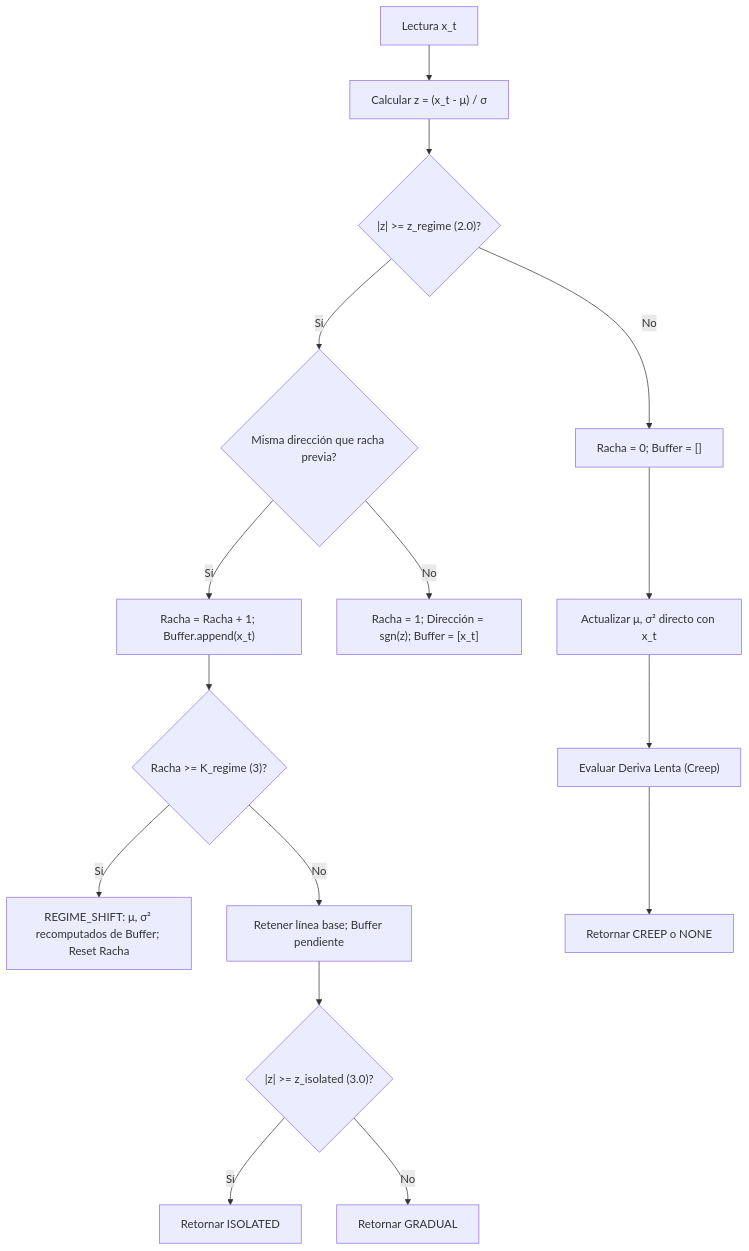
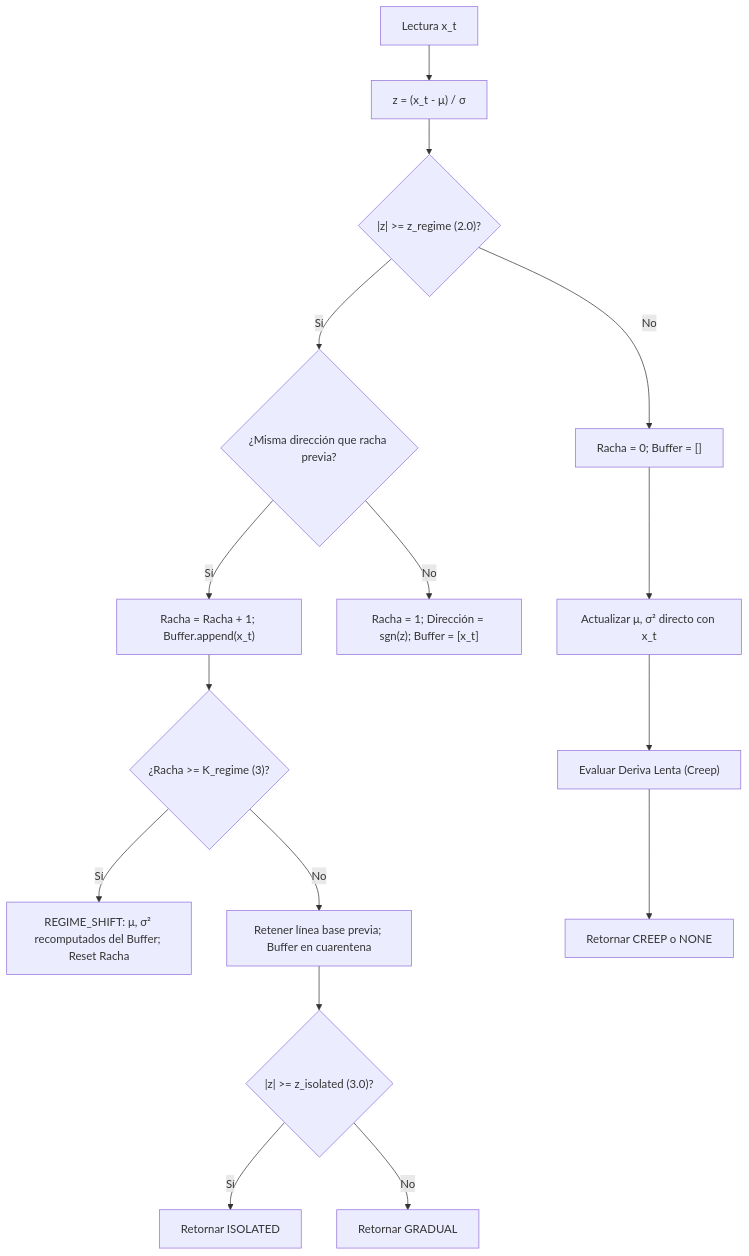
Before and after one commit to alessbarb/symbiont-lab: the diagram in docs/math/03-deteccion-de-deriva-y-regimenes.md, drawn with Mermaid. The commit also changed other lines of this file and 13 other files, not shown here.

````diff
--- a/docs/math/03-deteccion-de-deriva-y-regimenes.md
+++ b/docs/math/03-deteccion-de-deriva-y-regimenes.md
@@ -65,22 +66,22 @@
 ```mermaid
 flowchart TD
-    Obs["Lectura x_t"] --> CalcZ["Calcular z = (x_t - μ) / σ"]
+    Obs["Lectura x_t"] --> CalcZ["z = (x_t - μ) / σ"]
     CalcZ --> CheckDev{"|z| >= z_regime (2.0)?"}
 
-    CheckDev -- "Sí" --> CheckDir{"Misma dirección que racha previa?"}
+    CheckDev -- "Sí" --> CheckDir{"¿Misma dirección que racha previa?"}
     CheckDir -- "Sí" --> IncStreak["Racha = Racha + 1; Buffer.append(x_t)"]
     CheckDir -- "No" --> ResetStreak["Racha = 1; Dirección = sgn(z); Buffer = [x_t]"]
 
-    IncStreak --> CheckConf{"Racha >= K_regime (3)?"}
-    CheckConf -- "Sí" --> Recompute["REGIME_SHIFT: μ, σ² recomputados de Buffer; Reset Racha"]
-    CheckConf -- "No" --> BufferPending["Retener línea base; Buffer pendiente"]
+    IncStreak --> CheckConf{"¿Racha >= K_regime (3)?"}
+    CheckConf -- "Sí" --> Recompute["REGIME_SHIFT: μ, σ² recomputados del Buffer; Reset Racha"]
+    CheckConf -- "No" --> BufferPending["Retener línea base previa; Buffer en cuarentena"]
 
     BufferPending --> CheckIso{"|z| >= z_isolated (3.0)?"}
     CheckIso -- "Sí" --> RetIso["Retornar ISOLATED"]
     CheckIso -- "No" --> RetGrad["Retornar GRADUAL"]
 
     CheckDev -- "No" --> ClearBuffer["Racha = 0; Buffer = []"]
     ClearBuffer --> UpdateDirect["Actualizar μ, σ² directo con x_t"]
     UpdateDirect --> CheckCreep["Evaluar Deriva Lenta (Creep)"]
     CheckCreep --> RetNoneOrCreep["Retornar CREEP o NONE"]
 ```
````
